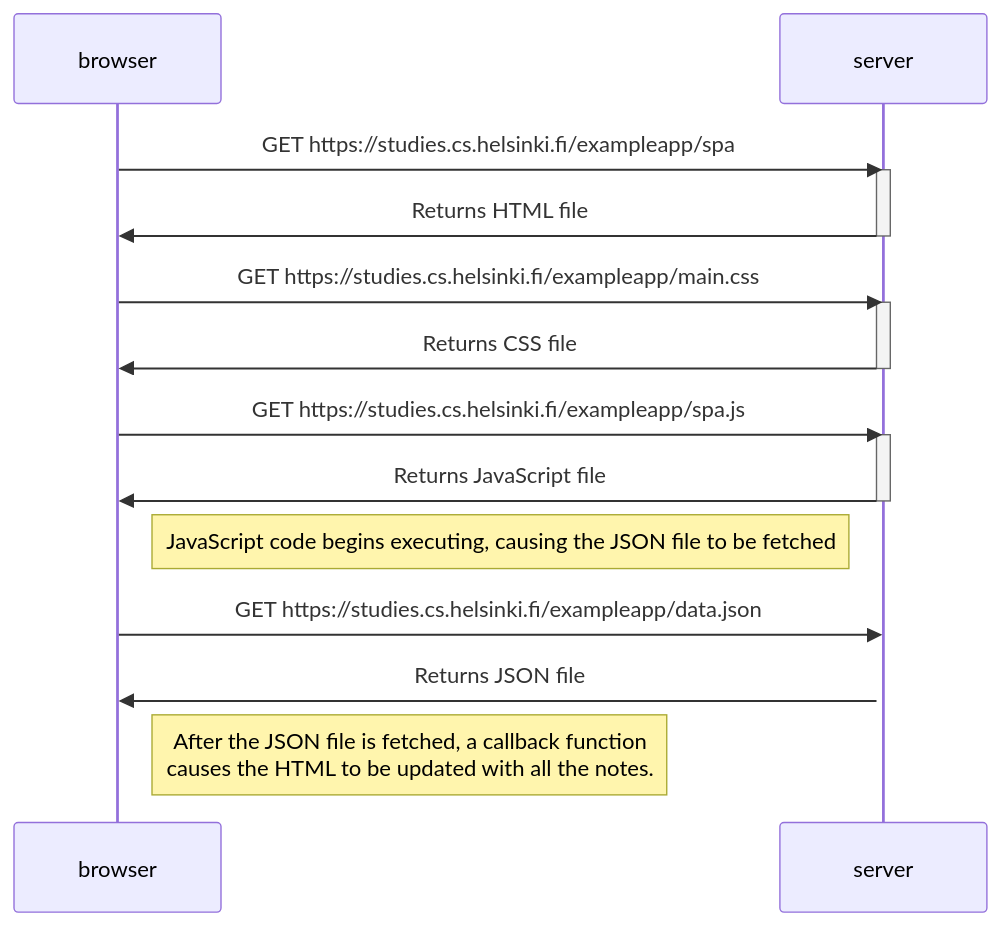
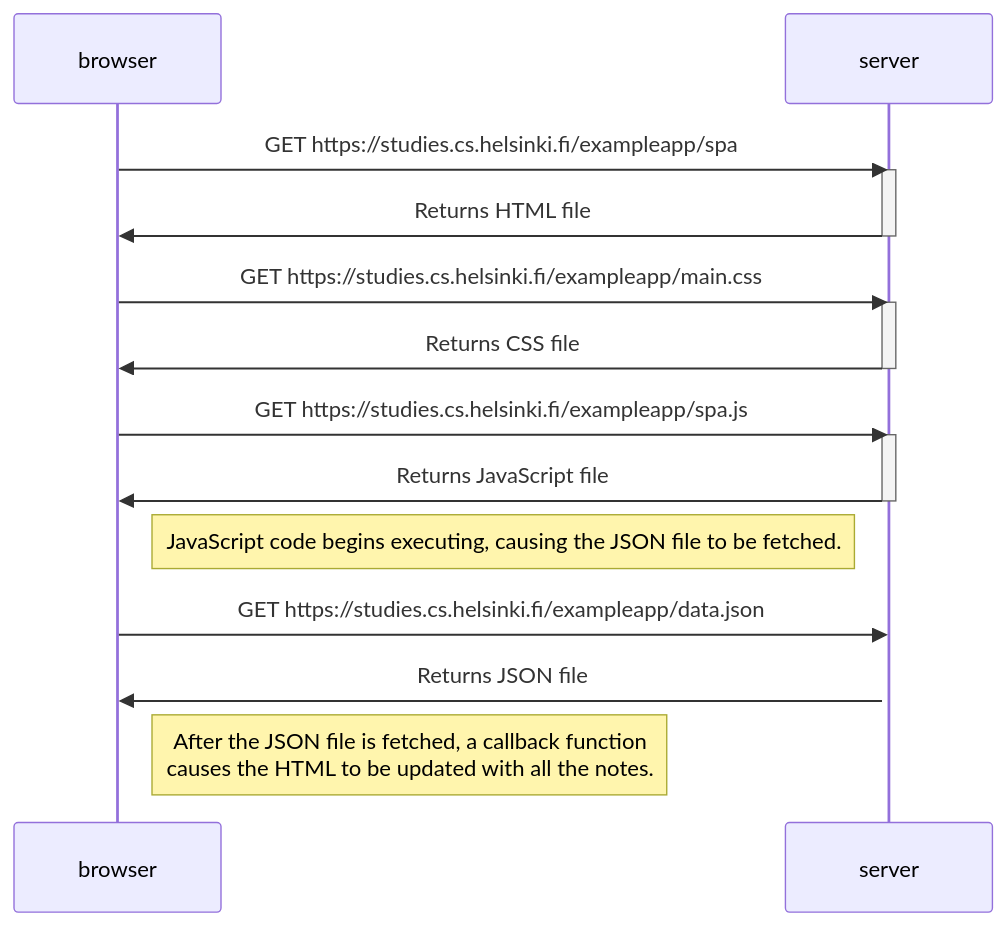
One commit to km-kan/fullstackopen changed the diagram in part0/0.5.md. Above: the diagram before and after it, drawn with Mermaid.

Commit message:
Fixed punctuation in diagram for Fullstackopen exercise 5.0: Single page app diagram.

````diff
--- a/part0/0.5.md
+++ b/part0/0.5.md
@@ -3,29 +3,29 @@
 ```mermaid
 sequenceDiagram
     participant browser
     participant server
 
 
     browser->>server: GET https://studies.cs.helsinki.fi/exampleapp/spa
     activate server
     server->>browser: Returns HTML file
     deactivate server
 
     browser->>server: GET https://studies.cs.helsinki.fi/exampleapp/main.css
     activate server
     server->>browser: Returns CSS file
     deactivate server
 
     browser->>server: GET https://studies.cs.helsinki.fi/exampleapp/spa.js
     activate server
     server->>browser: Returns JavaScript file
     deactivate server
 
-    Note right of browser: JavaScript code begins executing, causing the JSON file to be fetched
+    Note right of browser: JavaScript code begins executing, causing the JSON file to be fetched.
 
     browser->>server: GET https://studies.cs.helsinki.fi/exampleapp/data.json
     activate server
     server->>browser: Returns JSON file
 
     Note right of browser: After the JSON file is fetched, a callback function <br> causes the HTML to be updated with all the notes.
 ```
````
